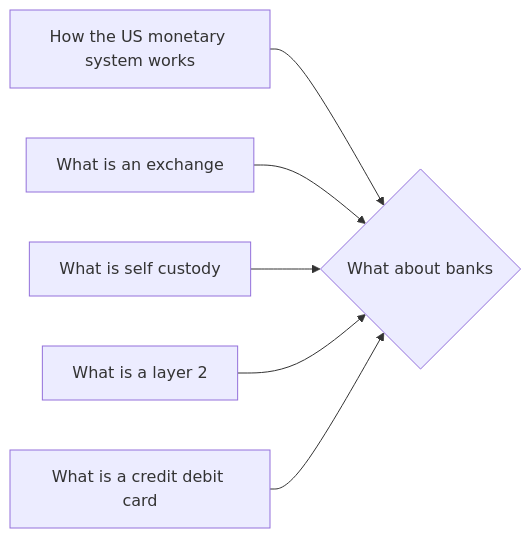
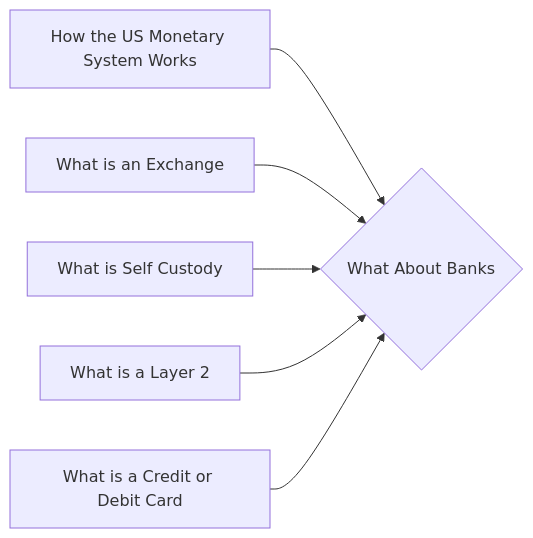
One commit to lpurdy01/crypto-knowledge-map changed the diagram in notes/What_About_Banks.md. Above: the diagram before and after it, drawn with Mermaid. The commit also changed 50 other files, not shown here.

````diff
--- a/notes/What_About_Banks.md
+++ b/notes/What_About_Banks.md
@@ -18,8 +18,8 @@
 ```mermaid
 graph LR
-1["How the US monetary system works"]-->0{"What about banks"}
-2["What is an exchange"]-->0{"What about banks"}
-3["What is self custody"]-->0{"What about banks"}
-4["What is a layer 2"]-->0{"What about banks"}
-5["What is a credit debit card"]-->0{"What about banks"}
+1["How the US Monetary System Works"]-->0{"What About Banks"}
+2["What is an Exchange"]-->0{"What About Banks"}
+3["What is Self Custody"]-->0{"What About Banks"}
+4["What is a Layer 2"]-->0{"What About Banks"}
+5["What is a Credit or Debit Card"]-->0{"What About Banks"}
 ```
````
